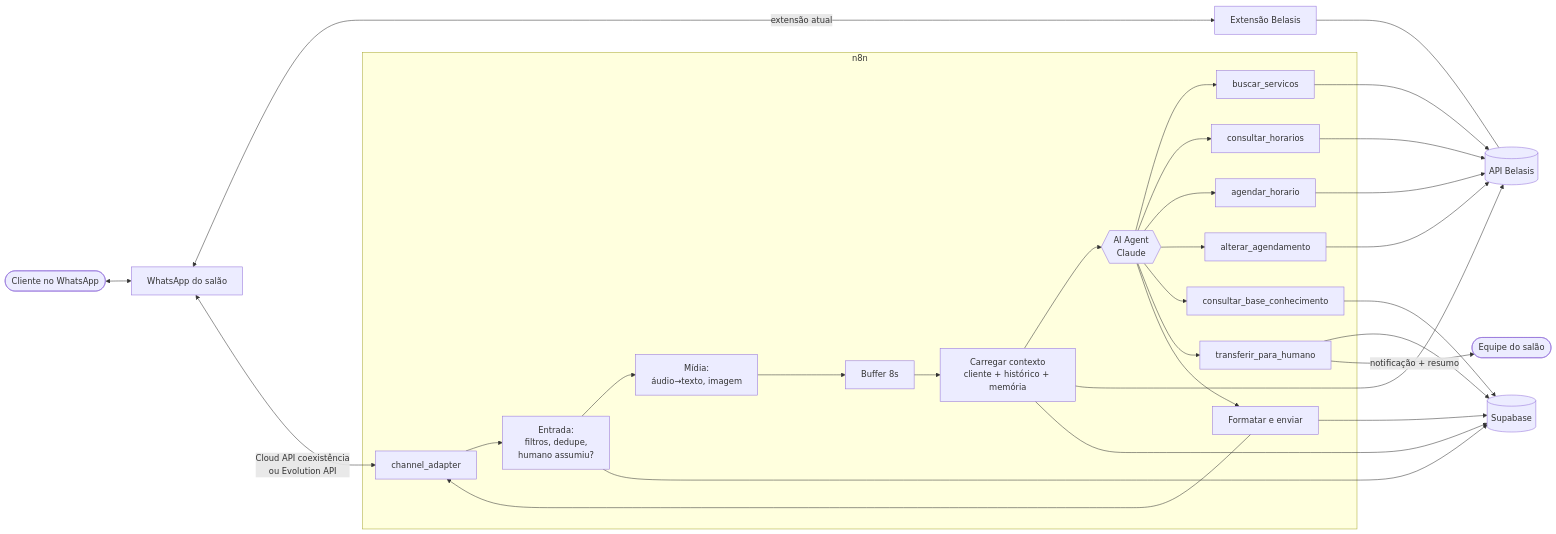
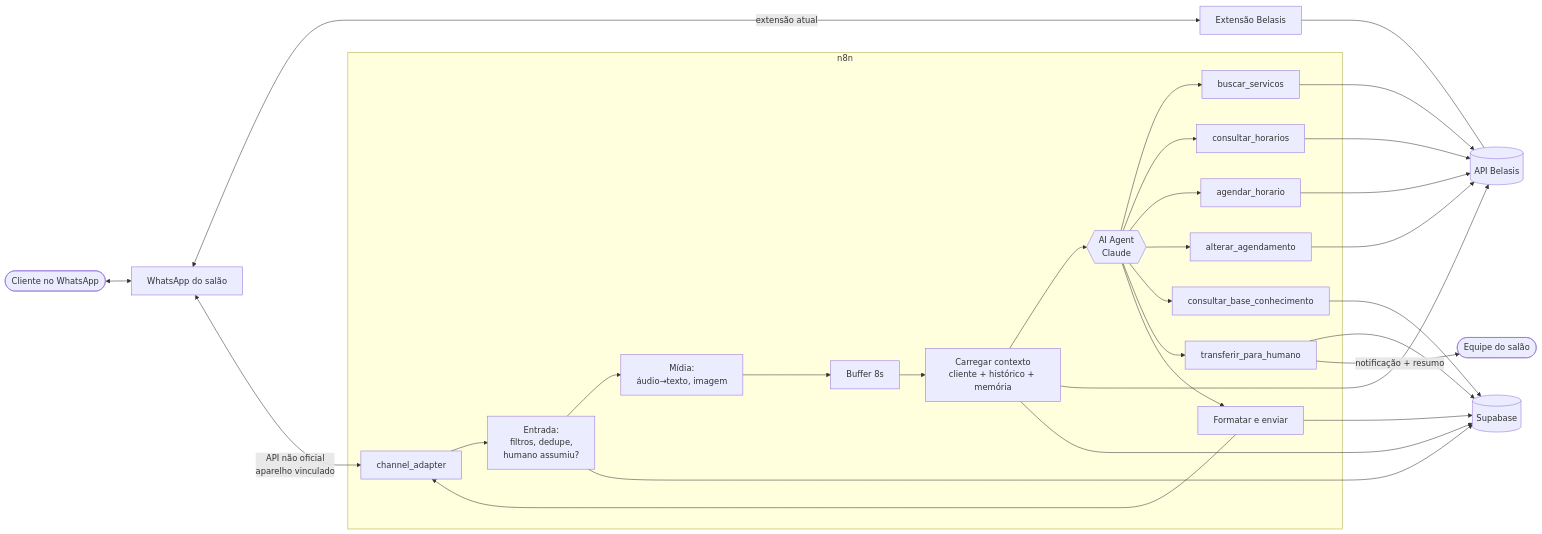
The first of 4 diagrams in docs/03-ARQUITETURA.md (ampliize/Cabelosbykarol), drawn with Mermaid before and after one commit. The commit also changed other lines of this file and 4 other files, not shown here.

First line of the commit message:
docs: canal WhatsApp via API não oficial com regras anti-banimento

````diff
--- a/docs/03-ARQUITETURA.md
+++ b/docs/03-ARQUITETURA.md
@@ -5,36 +5,36 @@
 ```mermaid
 flowchart LR
     C([Cliente no WhatsApp]) <--> WA[WhatsApp do salão]
     WA <-->|extensão atual| BX[Extensão Belasis]
-    WA <-->|Cloud API coexistência<br/>ou Evolution API| AD
+    WA <-->|API não oficial<br/>aparelho vinculado| AD
 
     subgraph N8N[n8n]
         AD[channel_adapter] --> IN[Entrada:<br/>filtros, dedupe,<br/>humano assumiu?]
         IN --> MID[Mídia:<br/>áudio→texto, imagem]
         MID --> BUF[Buffer 8s]
         BUF --> CTX[Carregar contexto<br/>cliente + histórico + memória]
         CTX --> AG{{AI Agent<br/>Claude}}
         AG --> T1[buscar_servicos]
         AG --> T2[consultar_horarios]
         AG --> T3[agendar_horario]
         AG --> T4[alterar_agendamento]
         AG --> T5[consultar_base_conhecimento]
         AG --> T6[transferir_para_humano]
         AG --> OUT[Formatar e enviar]
         OUT --> AD
     end
 
     CTX --> BAPI[(API Belasis)]
     T1 --> BAPI
     T2 --> BAPI
     T3 --> BAPI
     T4 --> BAPI
     BX --- BAPI
 
     IN --> SB[(Supabase)]
     CTX --> SB
     T5 --> SB
     T6 --> SB
     OUT --> SB
     T6 -->|notificação + resumo| EQ([Equipe do salão])
 ```
````
